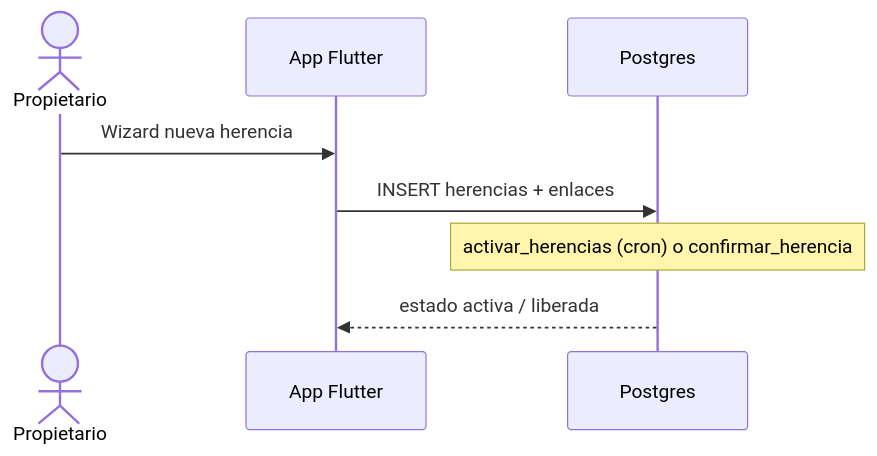
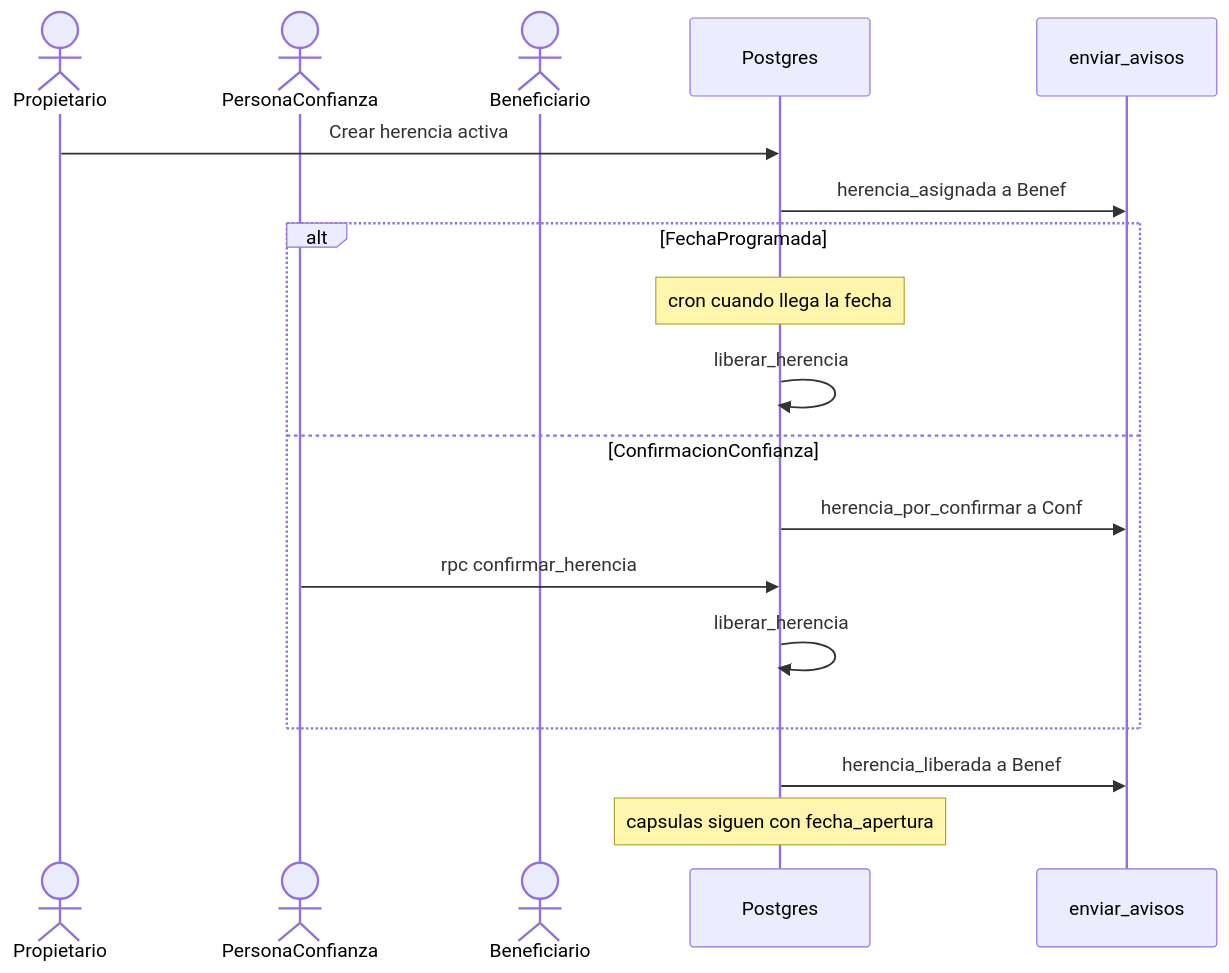
Before and after one commit to DeibyRamirez/Capsoul: the first of 2 diagrams in docs/11-legado-y-retos.md, drawn with Mermaid. The commit also changed other lines of this file and 37 other files, not shown here.

First line of the commit message:
feat(legado): herencias recibidas, permisos de cápsula y avisos

````diff
--- a/docs/11-legado-y-retos.md
+++ b/docs/11-legado-y-retos.md
@@ -18,10 +24,20 @@
 ```mermaid
 sequenceDiagram
-  actor PO as Propietario
-  participant App as App Flutter
+  actor Prop as Propietario
+  actor Conf as PersonaConfianza
+  actor Benef as Beneficiario
   participant PG as Postgres
-  PO->>App: Wizard nueva herencia
-  App->>PG: INSERT herencias + enlaces
-  Note over PG: activar_herencias (cron) o confirmar_herencia
-  PG-->>App: estado activa / liberada
+  participant FCM as enviar_avisos
+  Prop->>PG: Crear herencia activa
+  PG->>FCM: herencia_asignada a Benef
+  alt FechaProgramada
+    Note over PG: cron cuando llega la fecha
+    PG->>PG: liberar_herencia
+  else ConfirmacionConfianza
+    PG->>FCM: herencia_por_confirmar a Conf
+    Conf->>PG: rpc confirmar_herencia
+    PG->>PG: liberar_herencia
+  end
+  PG->>FCM: herencia_liberada a Benef
+  Note over PG: capsulas siguen con fecha_apertura
 ```
````
